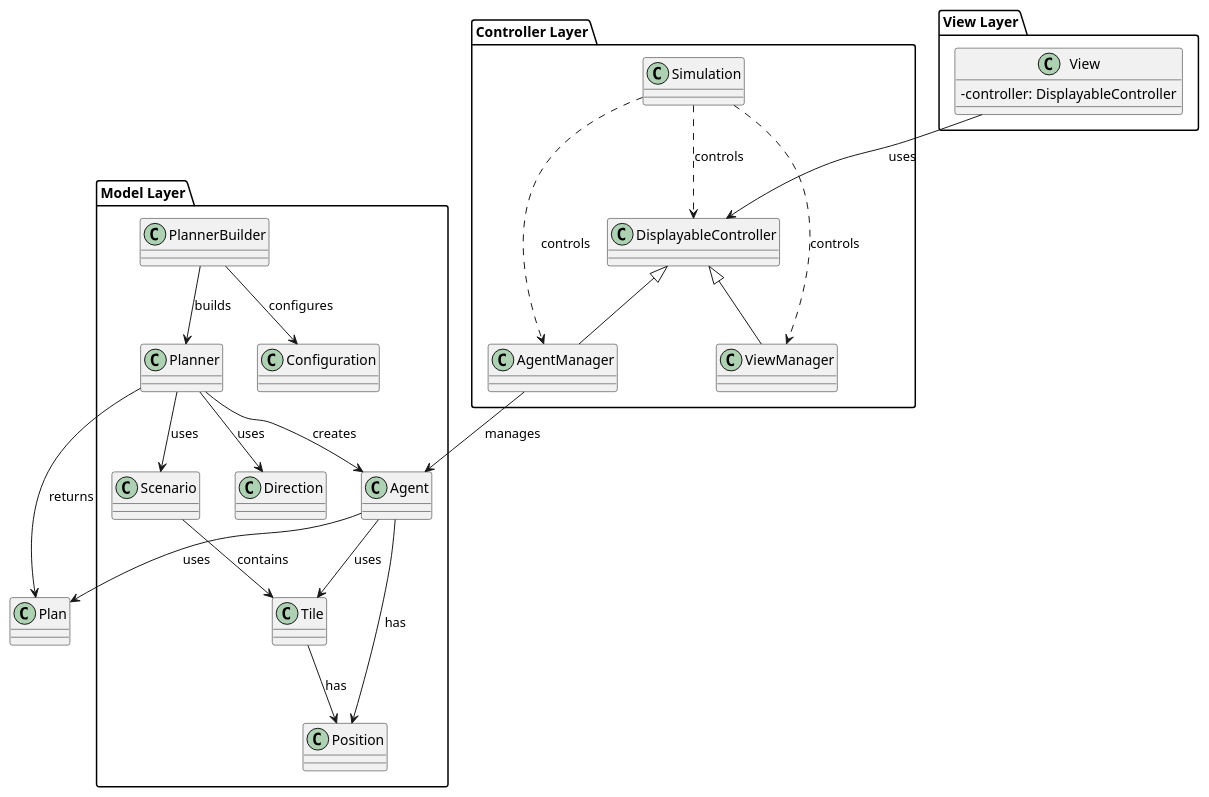
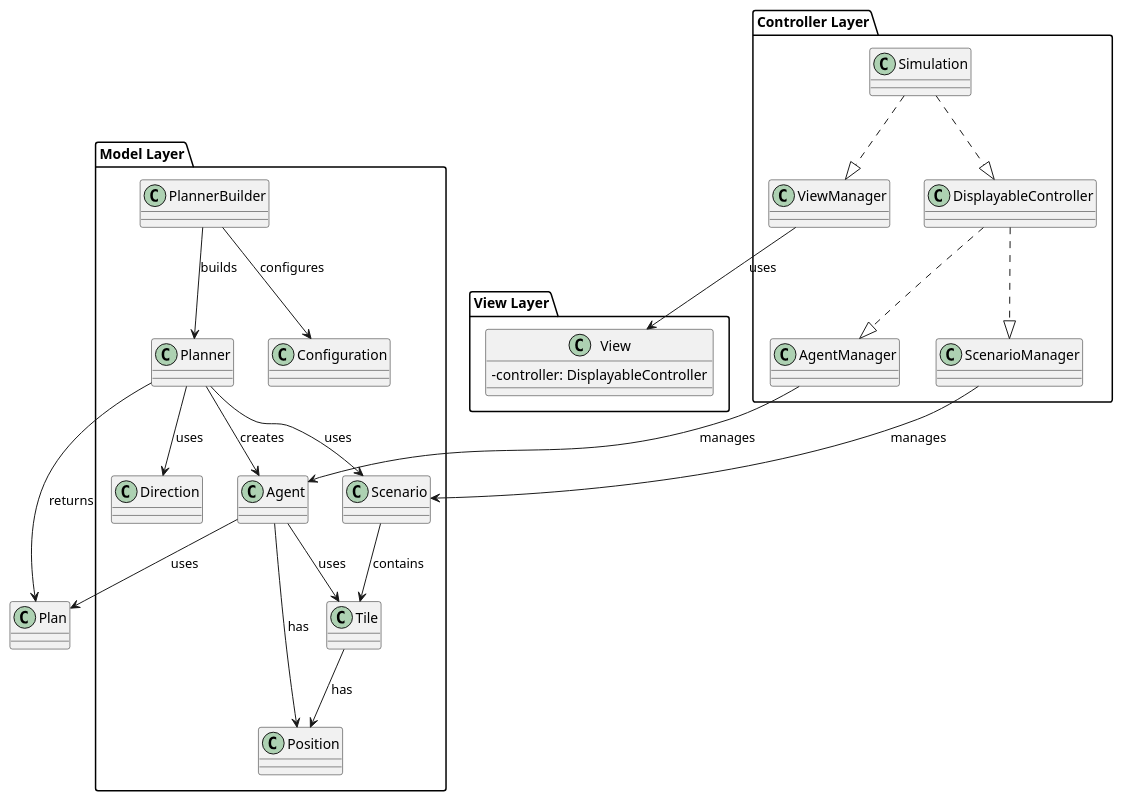
One commit to g-mainardi/PPS-24-scala-path changed the diagram in architettura.puml. Above: the diagram before and after it, drawn with PlantUML. The commit also changed 1 other file, not shown here.

Commit message:
docs: fix some uml formatting

```diff
--- a/architettura.puml
+++ b/architettura.puml
@@ -1,48 +1,51 @@
 @startuml
 skinparam classAttributeIconSize 0
 
 package "View Layer" {
   class View {
     - controller: DisplayableController
   }
 }
 
 package "Controller Layer" {
   class DisplayableController
   class ViewManager
   class AgentManager
   class Simulation
+  class ScenarioManager
 }
 
 package "Model Layer" {
   class Agent
   class Planner
   class PlannerBuilder
   class Configuration
   class Scenario
   class Tile
   class Direction
   class Position
 }
 
-View --> DisplayableController : uses
-DisplayableController <|-- ViewManager
-DisplayableController <|-- AgentManager
+
+DisplayableController ..|> AgentManager
+DisplayableController ..|> ScenarioManager
 AgentManager --> Agent : manages
+ScenarioManager --> Scenario : manages
 Agent --> Plan : uses
 Agent --> Position : has
 Agent --> Tile : uses
 PlannerBuilder --> Planner : builds
 PlannerBuilder --> Configuration : configures
 Planner --> Agent : creates
 Planner --> Scenario : uses
 Planner --> Direction : uses
 Scenario --> Tile : contains
 Tile --> Position : has
 Planner --> Plan : returns
 
-Simulation ..> DisplayableController : controls
-Simulation ..> AgentManager : controls
-Simulation ..> ViewManager : controls
+Simulation ..|> DisplayableController
+Simulation ..|> ViewManager
+ViewManager --> View : uses
+
 
 @enduml
```
